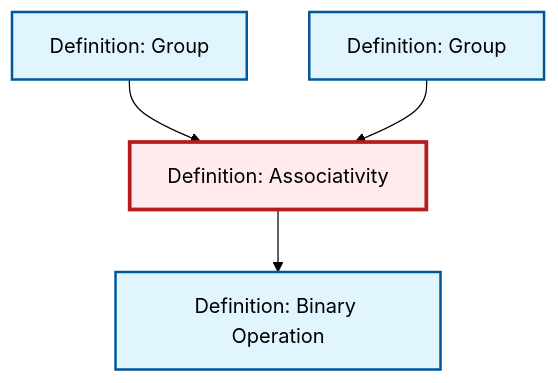
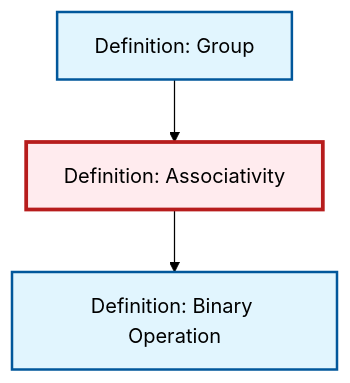
One commit to RK0429/ModernMath changed the diagram in content/en/algebra/def-associativity.qmd. Above: the diagram before and after it, drawn with Mermaid (forest theme). The commit also changed 530 other files, not shown here.

````diff
--- a/content/en/algebra/def-associativity.qmd
+++ b/content/en/algebra/def-associativity.qmd
@@ -88,20 +88,17 @@
 ```{mermaid}
 %%| fig-cap: "Local dependency graph"
 graph TD
     classDef definition fill:#e1f5fe,stroke:#01579b,stroke-width:2px
     classDef theorem fill:#f3e5f5,stroke:#4a148c,stroke-width:2px
     classDef axiom fill:#fff3e0,stroke:#e65100,stroke-width:2px
     classDef example fill:#e8f5e9,stroke:#1b5e20,stroke-width:2px
     classDef current fill:#ffebee,stroke:#b71c1c,stroke-width:3px
     def-group["Definition: Group"]:::definition
+    def-binary-operation["Definition: Binary Operation"]:::definition
     def-associativity["Definition: Associativity"]:::definition
-    def-group-example["Definition: Group"]:::definition
-    def-binary-operation["Definition: Binary Operation"]:::definition
+    def-group --> def-associativity
     def-associativity --> def-binary-operation
-    def-group-example --> def-associativity
-    def-group --> def-associativity
     class def-associativity current
     click def-group "def-group.html" "Go to Group definition"
-    click def-group-example "def-group-example.html" "Go to Group definition"
     click def-binary-operation "def-binary-operation.html" "Go to Binary Operation definition"
 ```
````
